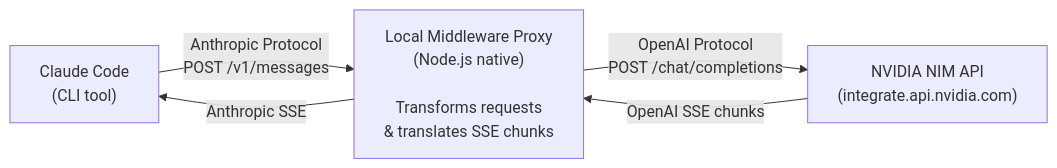
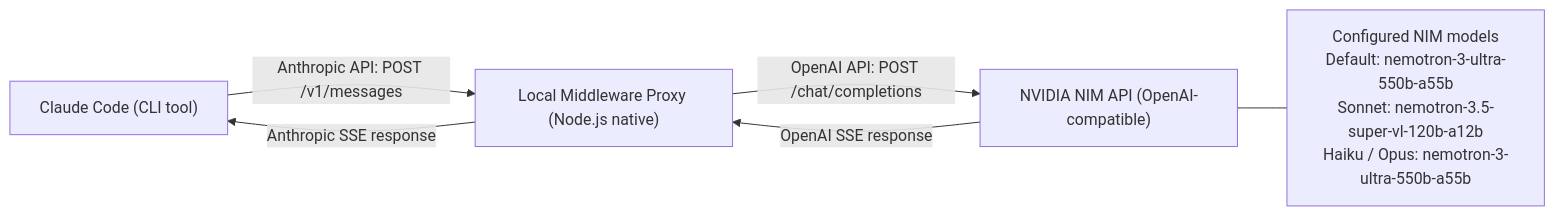
The diagram in README.md (psathyanarayan/AI-Protocol-Gateway), drawn with Mermaid before and after one commit. The commit also changed other lines of this file, not shown here.

````diff
--- a/README.md
+++ b/README.md
@@ -9,11 +9,13 @@
 ```mermaid
-flowchart LR
-    claude["Claude Code<br/>(CLI tool)"]
-    proxy["Local Middleware Proxy<br/>(Node.js native)<br/><br/>Transforms requests<br/>&amp; translates SSE chunks"]
-    nim["NVIDIA NIM API<br/>(integrate.api.nvidia.com)"]
+graph LR
+    claude["Claude Code (CLI tool)"]
+    proxy["Local Middleware Proxy (Node.js native)"]
+    nim["NVIDIA NIM API (OpenAI-compatible)"]
+    models["Configured NIM models<br/>Default: nemotron-3-ultra-550b-a55b<br/>Sonnet: nemotron-3.5-super-vl-120b-a12b<br/>Haiku / Opus: nemotron-3-ultra-550b-a55b"]
 
-    claude -->|"Anthropic Protocol<br/>POST /v1/messages"| proxy
-    proxy -->|"OpenAI Protocol<br/>POST /chat/completions"| nim
-    nim -->|"OpenAI SSE chunks"| proxy
-    proxy -->|"Anthropic SSE"| claude
+    claude -->|"Anthropic API: POST /v1/messages"| proxy
+    proxy -->|"OpenAI API: POST /chat/completions"| nim
+    nim -->|"OpenAI SSE response"| proxy
+    proxy -->|"Anthropic SSE response"| claude
+    nim --- models
 ```
````
